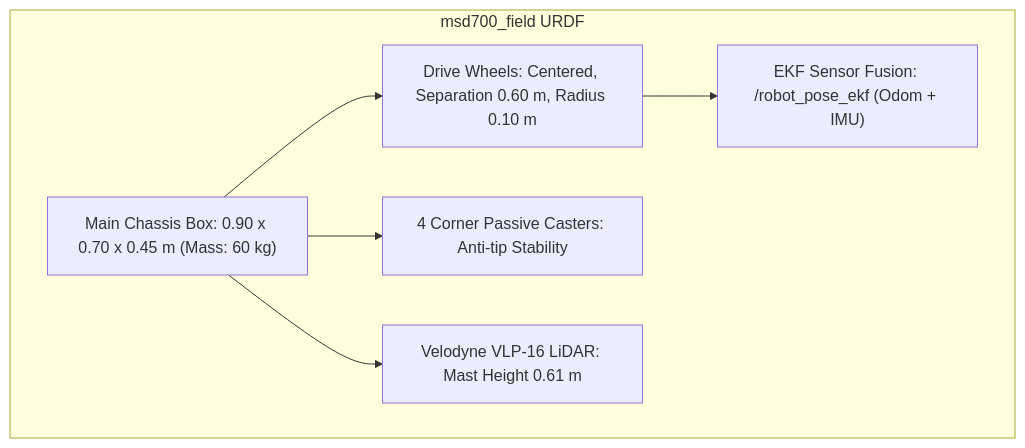
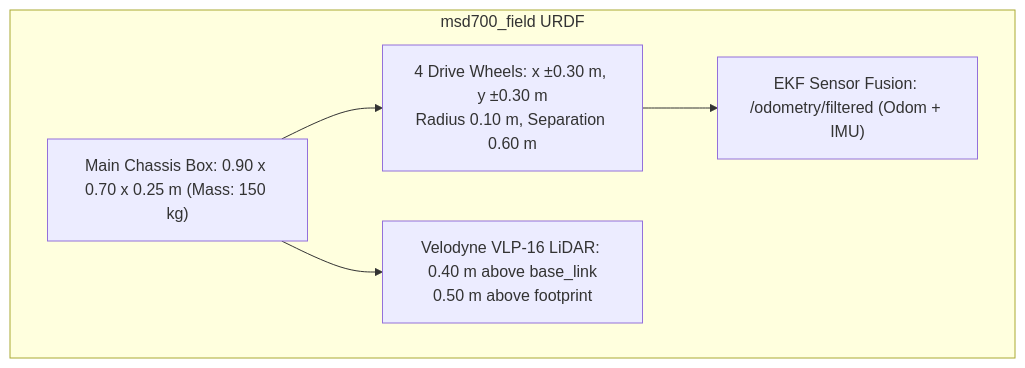
The second of 2 diagrams in docs/development/ros/simulation.md (itbdelaboprogramming/msd700_documentation), drawn with Mermaid before and after one commit. The commit also changed other lines of this file and 110 other files, not shown here.

````diff
--- a/docs/development/ros/simulation.md
+++ b/docs/development/ros/simulation.md
@@ -70,15 +70,13 @@
 ```mermaid
 flowchart TB
   subgraph RobotModel["msd700_field URDF"]
-    CHASSIS["Main Chassis Box: 0.90 x 0.70 x 0.45 m (Mass: 60 kg)"]
-    DRIVE["Drive Wheels: Centered, Separation 0.60 m, Radius 0.10 m"]
-    CASTERS["4 Corner Passive Casters: Anti-tip Stability"]
-    LIDAR["Velodyne VLP-16 LiDAR: Mast Height 0.61 m"]
-    EKF["EKF Sensor Fusion: /robot_pose_ekf (Odom + IMU)"]
+    CHASSIS["Main Chassis Box: 0.90 x 0.70 x 0.25 m (Mass: 150 kg)"]
+    DRIVE["4 Drive Wheels: x ±0.30 m, y ±0.30 m<br/>Radius 0.10 m, Separation 0.60 m"]
+    LIDAR["Velodyne VLP-16 LiDAR: 0.40 m above base_link<br/>0.50 m above footprint"]
+    EKF["EKF Sensor Fusion: /odometry/filtered (Odom + IMU)"]
   end
 
   CHASSIS --> DRIVE
-  CHASSIS --> CASTERS
   CHASSIS --> LIDAR
   DRIVE --> EKF
 ```
````
